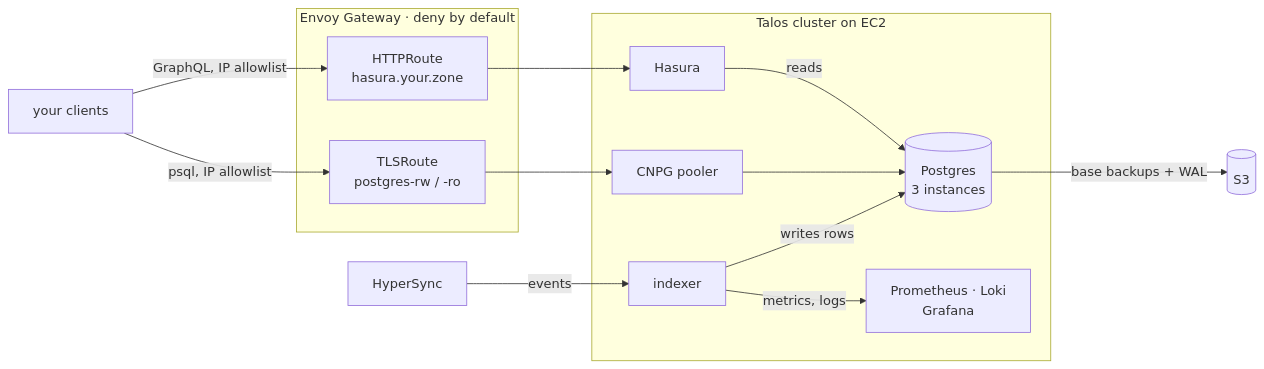
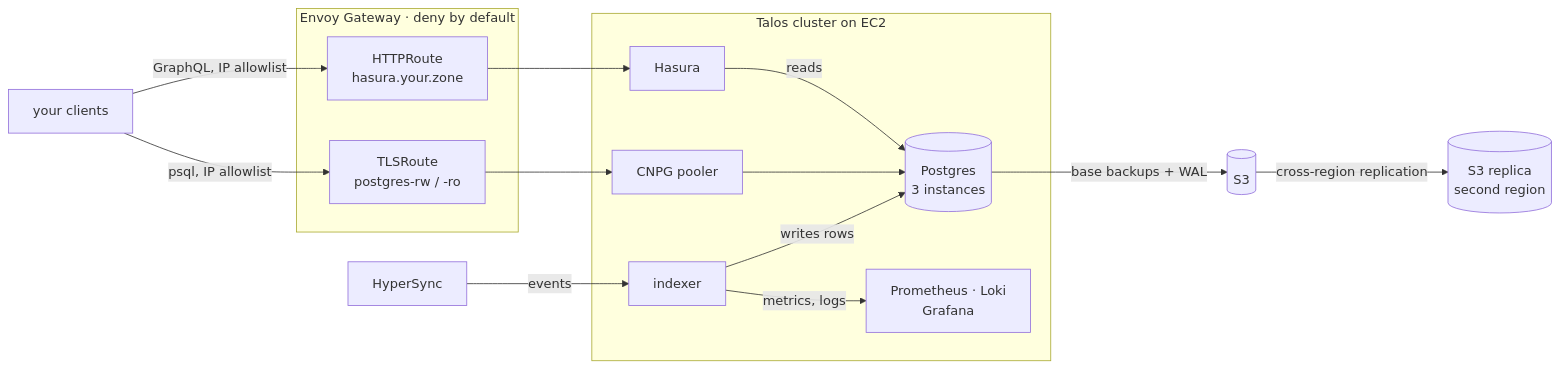
Before and after one commit to TilakMaddy/backoffice-dev: the diagram in README.md, drawn with Mermaid. The commit also changed other lines of this file and 5 other files, not shown here.

````diff
--- a/README.md
+++ b/README.md
@@ -88,31 +88,33 @@
 ```mermaid
 flowchart LR
   HS["HyperSync"]
   CL["your clients"]
 
   subgraph gw["Envoy Gateway · deny by default"]
     R1["HTTPRoute<br/>hasura.your.zone"]
     R2["TLSRoute<br/>postgres-rw / -ro"]
   end
 
   subgraph k8s["Talos cluster on EC2"]
     IDX["indexer"]
     HAS["Hasura"]
     POOL["CNPG pooler"]
     PG[("Postgres<br/>3 instances")]
     OBS["Prometheus · Loki<br/>Grafana"]
   end
 
   S3[("S3")]
+  S3R[("S3 replica<br/>second region")]
 
   HS -->|"events"| IDX
   CL -->|"GraphQL, IP allowlist"| R1
   CL -->|"psql, IP allowlist"| R2
   R1 --> HAS
   R2 --> POOL
   IDX -->|"writes rows"| PG
   HAS -->|"reads"| PG
   POOL --> PG
   PG -->|"base backups + WAL"| S3
+  S3 -->|"cross-region replication"| S3R
   IDX -->|"metrics, logs"| OBS
 ```
````
